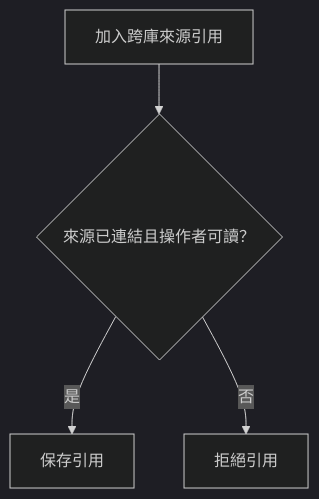
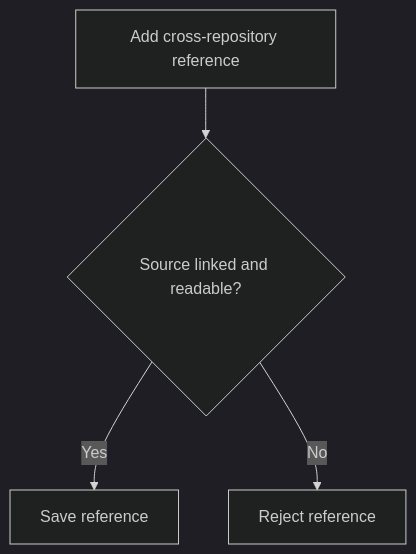
One commit to 963sup/line-mini-app-bot changed the diagram in docs/domains/project/README.md. Above: the diagram before and after it, drawn with Mermaid (dark theme). The commit also changed other lines of this file and 341 other files, not shown here.

````diff
--- a/docs/domains/project/README.md
+++ b/docs/domains/project/README.md
@@ -27,6 +33,6 @@
 ```mermaid
 flowchart TD
-    start["加入跨庫來源引用"] --> gate{"來源已連結且操作者可讀？"}
-    gate -->|是| ok["保存引用"]
-    gate -->|否| stop["拒絕引用"]
+    start["Add cross-repository reference"] --> gate{"Source linked and readable?"}
+    gate -->|Yes| ok["Save reference"]
+    gate -->|No| stop["Reject reference"]
 ```
````
